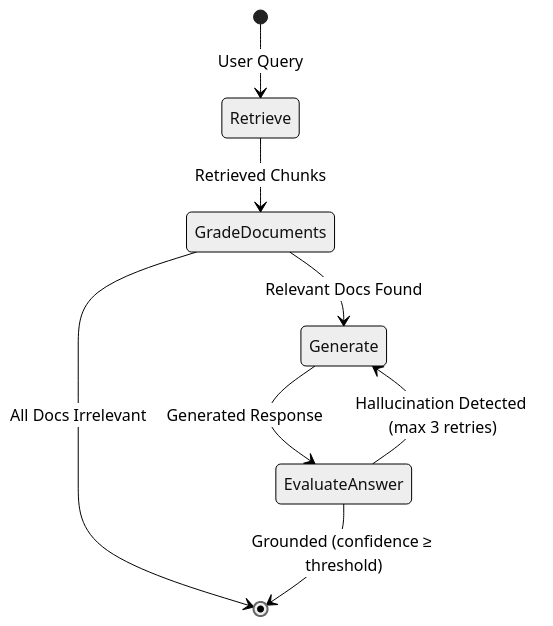
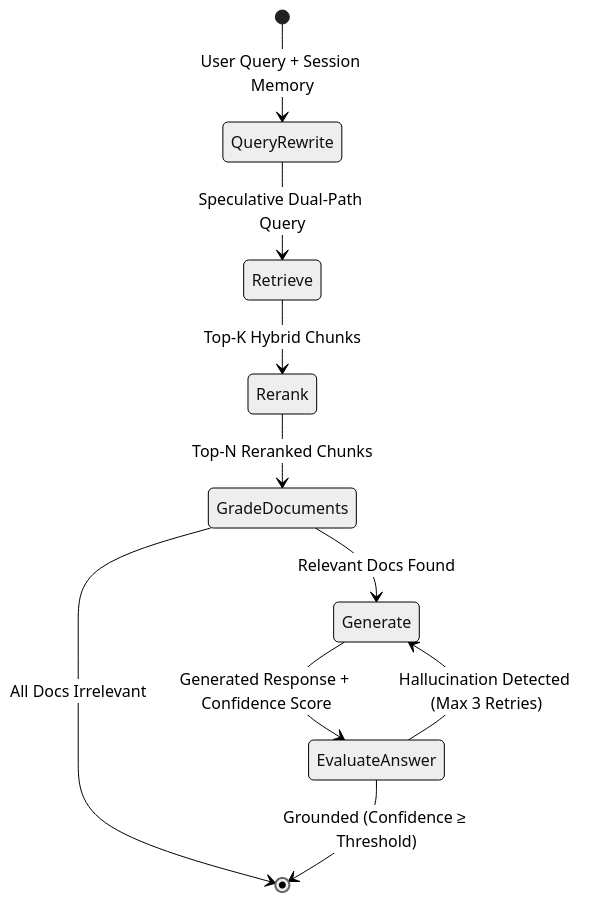
Before and after one commit to Vineetiitg/support-docs-copilot: the second of 2 diagrams in README.md, drawn with Mermaid (neutral theme). The commit also changed other lines of this file and 1 other file, not shown here.

````diff
--- a/README.md
+++ b/README.md
@@ -90,10 +104,12 @@
 ```mermaid
 stateDiagram-v2
-    [*] --> Retrieve: User Query
-    Retrieve --> GradeDocuments: Retrieved Chunks
+    [*] --> QueryRewrite: User Query + Session Memory
+    QueryRewrite --> Retrieve: Speculative Dual-Path Query
+    Retrieve --> Rerank: Top-K Hybrid Chunks
+    Rerank --> GradeDocuments: Top-N Reranked Chunks
     GradeDocuments --> Generate: Relevant Docs Found
     GradeDocuments --> [*]: All Docs Irrelevant
-    Generate --> EvaluateAnswer: Generated Response
-    EvaluateAnswer --> [*]: Grounded (confidence ≥ threshold)
-    EvaluateAnswer --> Generate: Hallucination Detected (max 3 retries)
+    Generate --> EvaluateAnswer: Generated Response + Confidence Score
+    EvaluateAnswer --> [*]: Grounded (Confidence ≥ Threshold)
+    EvaluateAnswer --> Generate: Hallucination Detected (Max 3 Retries)
 ```
````
